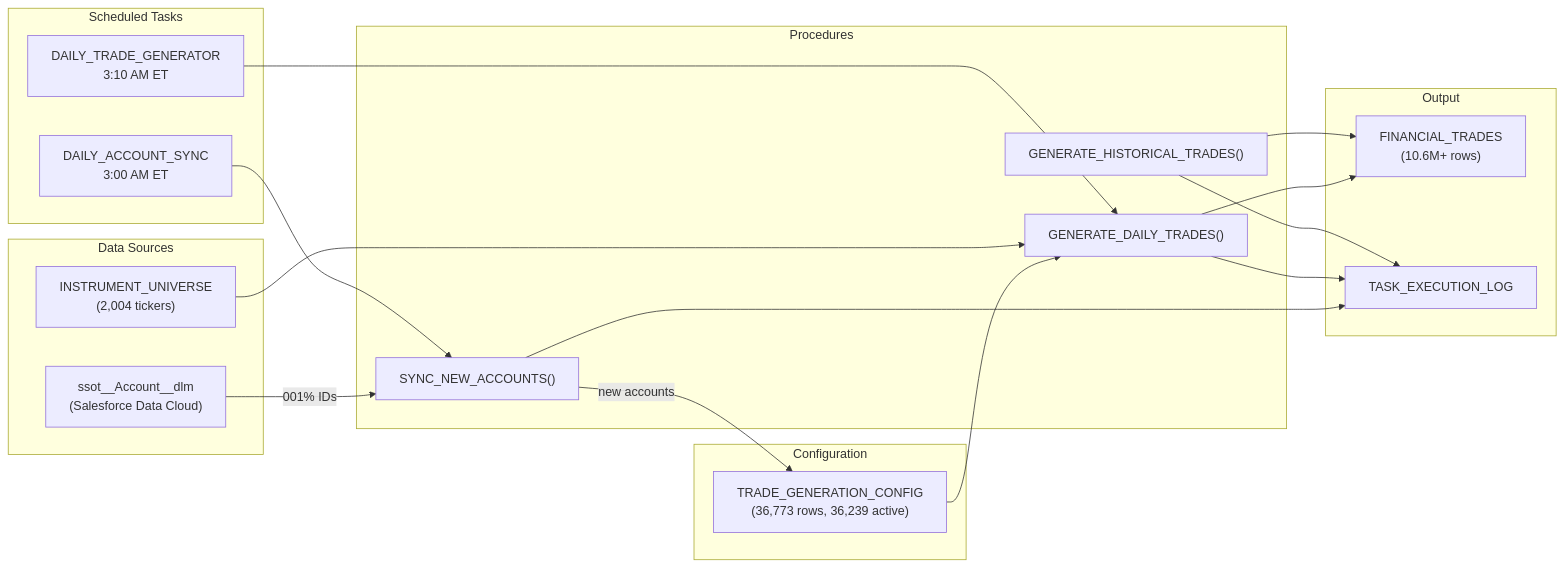
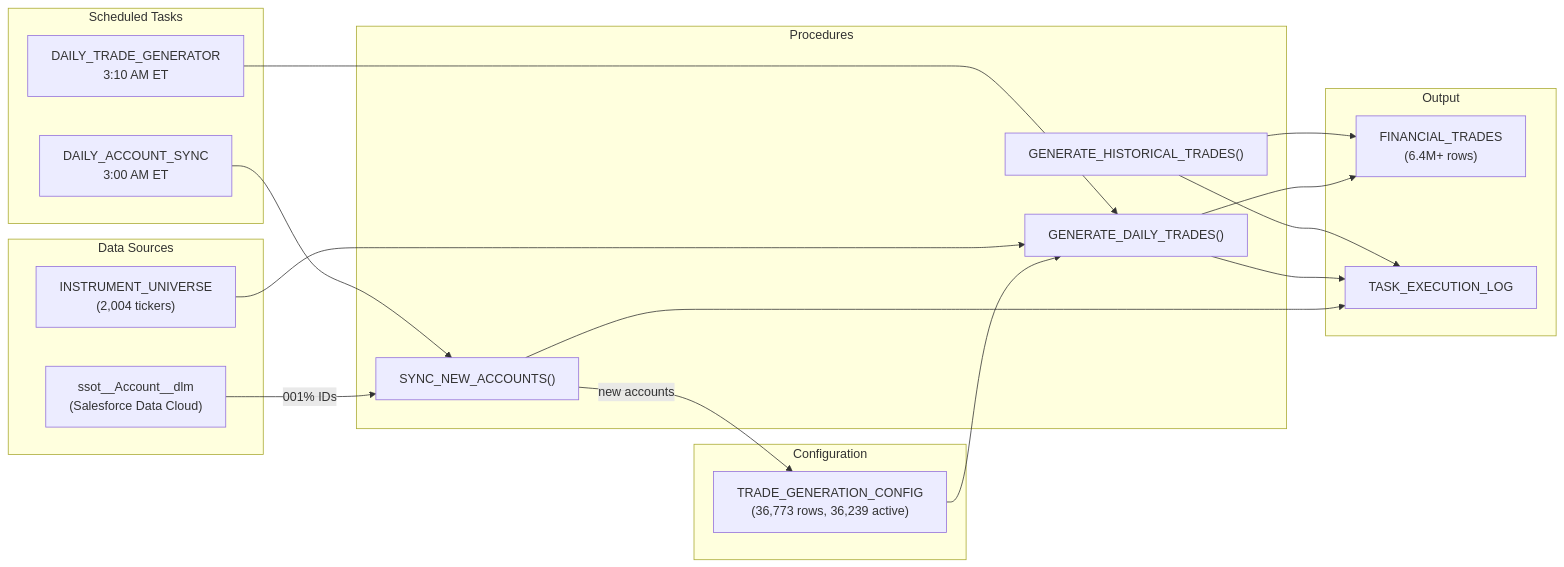
Before and after one commit to josers18/JDO: the diagram in Financial_Trades_Generation/README.md, drawn with Mermaid. The commit also changed other lines of this file and 4 other files, not shown here.

````diff
--- a/Financial_Trades_Generation/README.md
+++ b/Financial_Trades_Generation/README.md
@@ -35,39 +35,39 @@
 ```mermaid
 graph LR
     subgraph "Data Sources"
         A["ssot__Account__dlm<br/>(Salesforce Data Cloud)"]
         B["INSTRUMENT_UNIVERSE<br/>(2,004 tickers)"]
     end
 
     subgraph "Configuration"
         C["TRADE_GENERATION_CONFIG<br/>(36,773 rows, 36,239 active)"]
     end
 
     subgraph "Scheduled Tasks"
         T1["DAILY_ACCOUNT_SYNC<br/>3:00 AM ET"]
         T2["DAILY_TRADE_GENERATOR<br/>3:10 AM ET"]
     end
 
     subgraph "Procedures"
         P1["SYNC_NEW_ACCOUNTS()"]
         P2["GENERATE_DAILY_TRADES()"]
         P3["GENERATE_HISTORICAL_TRADES()"]
     end
 
     subgraph "Output"
-        D["FINANCIAL_TRADES<br/>(10.6M+ rows)"]
+        D["FINANCIAL_TRADES<br/>(6.4M+ rows)"]
         E["TASK_EXECUTION_LOG"]
     end
 
     A -->|"001% IDs"| P1
     T1 --> P1
     P1 -->|"new accounts"| C
     C --> P2
     B --> P2
     T2 --> P2
     P2 --> D
     P3 --> D
     P1 --> E
     P2 --> E
     P3 --> E
 ```
````
